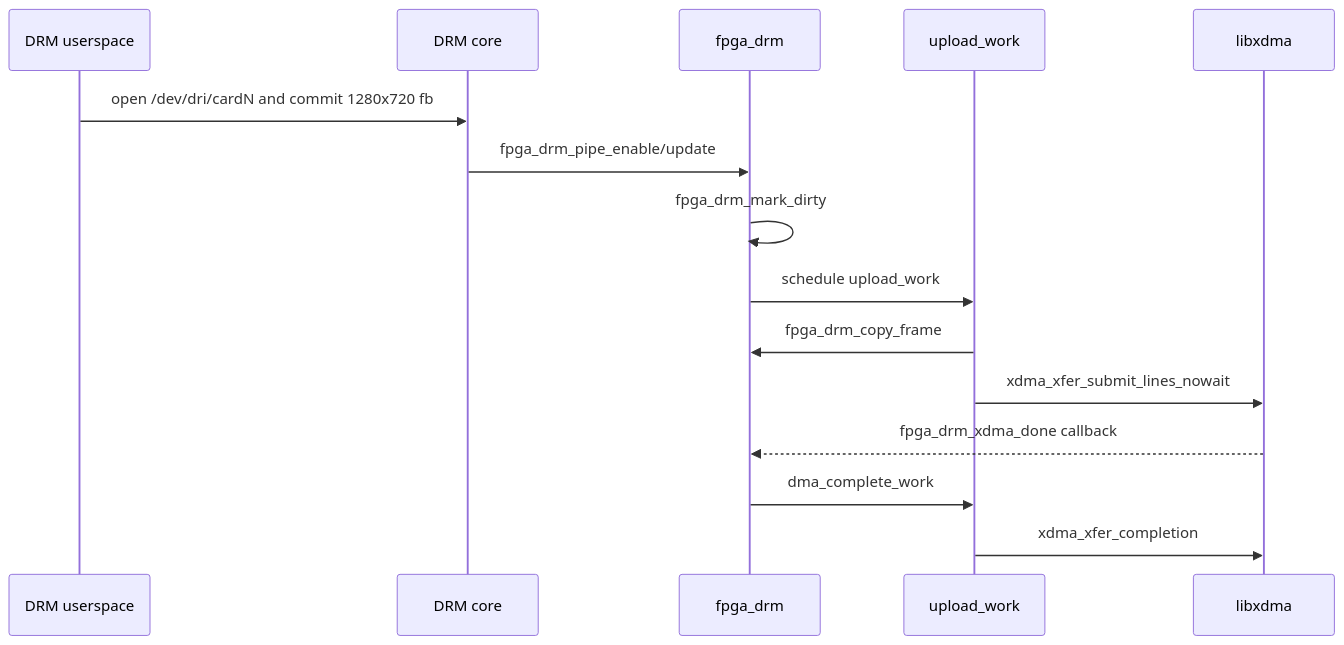
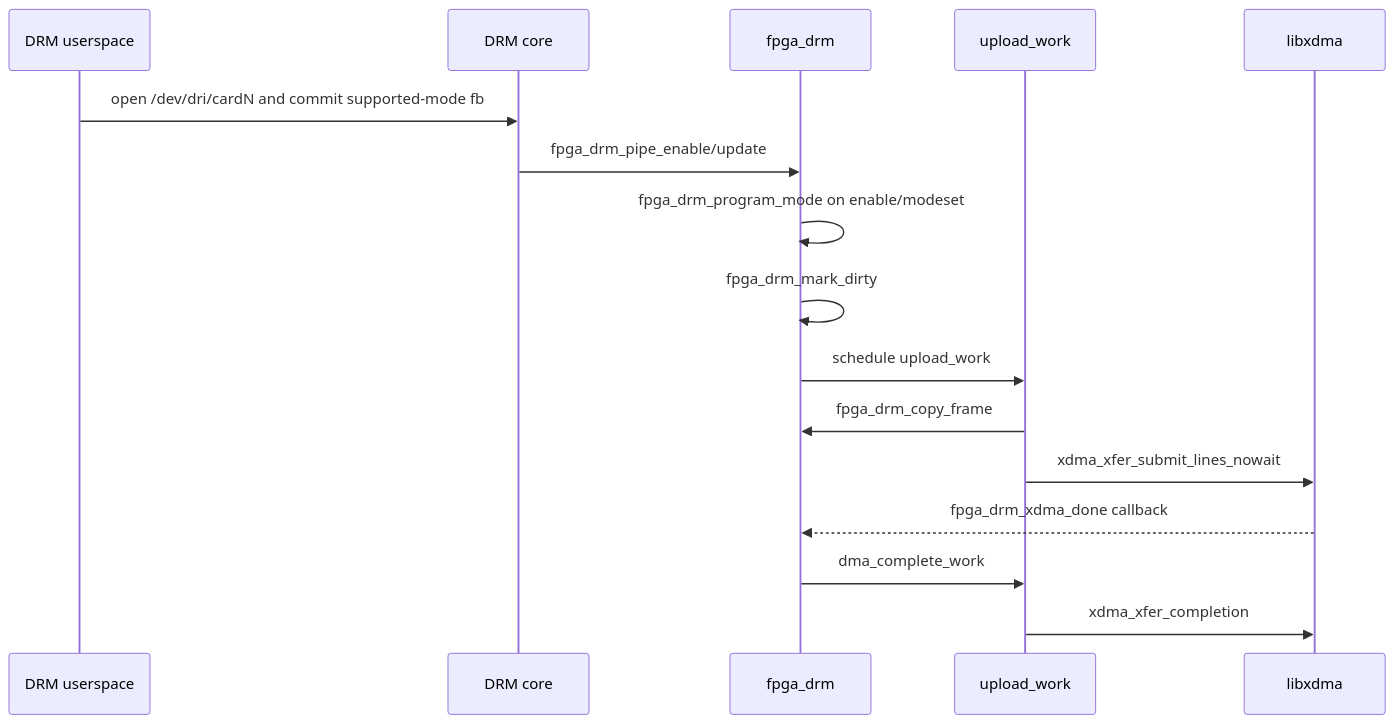
Before and after one commit to alpkoyun/Simple-Display-Controller: the diagram in doc/Linux_DRM_Driver_AI_GEN_documents/driver_lifecycle.md, drawn with Mermaid. The commit also changed other lines of this file and 19 other files, not shown here.

````diff
--- a/doc/Linux_DRM_Driver_AI_GEN_documents/driver_lifecycle.md
+++ b/doc/Linux_DRM_Driver_AI_GEN_documents/driver_lifecycle.md
@@ -43,17 +43,18 @@
 ```mermaid
 sequenceDiagram
     participant App as DRM userspace
     participant Core as DRM core
     participant Driver as fpga_drm
     participant WQ as upload_work
     participant XDMA as libxdma
-    App->>Core: open /dev/dri/cardN and commit 1280x720 fb
+    App->>Core: open /dev/dri/cardN and commit supported-mode fb
     Core->>Driver: fpga_drm_pipe_enable/update
+    Driver->>Driver: fpga_drm_program_mode on enable/modeset
     Driver->>Driver: fpga_drm_mark_dirty
     Driver->>WQ: schedule upload_work
     WQ->>Driver: fpga_drm_copy_frame
     WQ->>XDMA: xdma_xfer_submit_lines_nowait
     XDMA-->>Driver: fpga_drm_xdma_done callback
     Driver->>WQ: dma_complete_work
     WQ->>XDMA: xdma_xfer_completion
 ```
````
